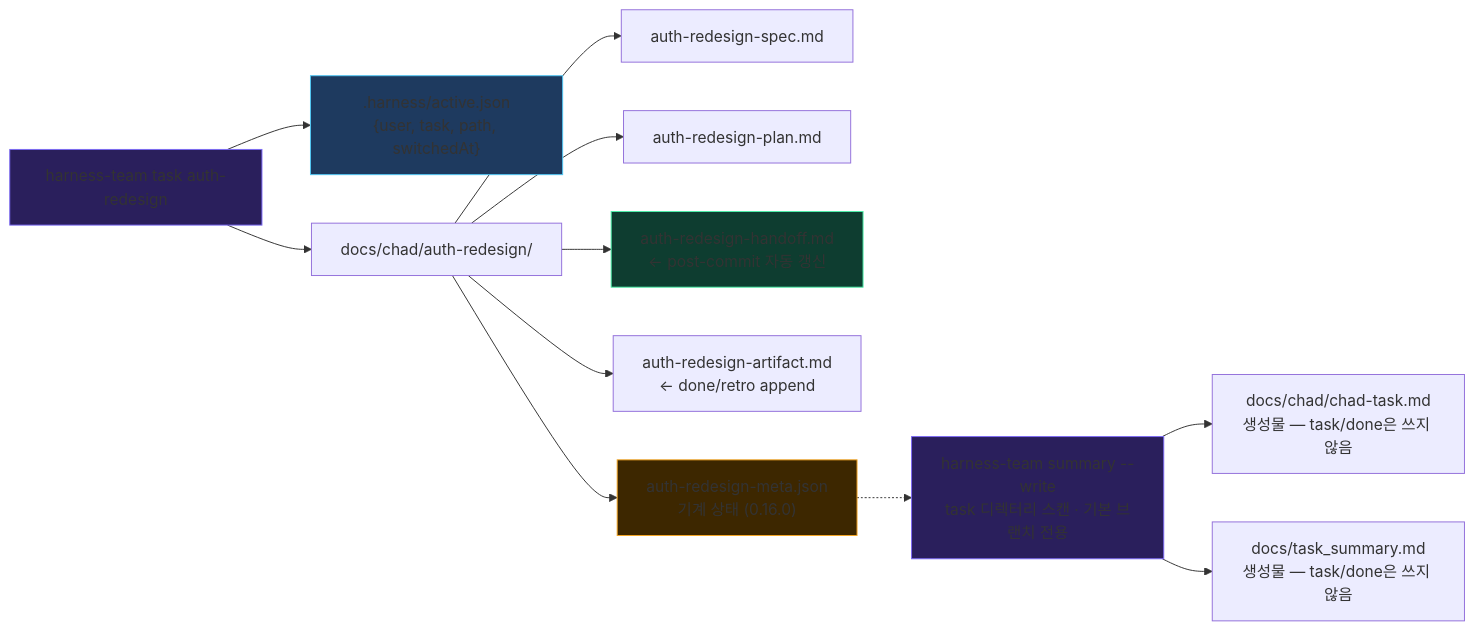
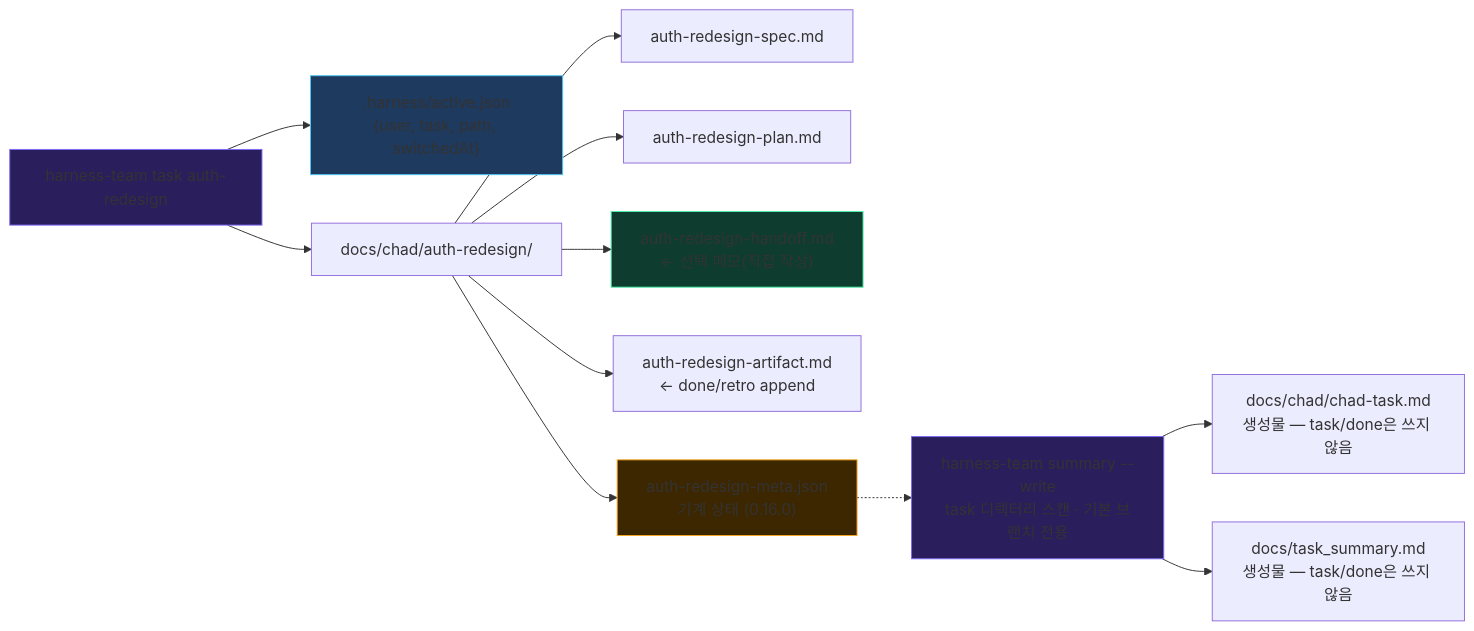
The diagram in docs/diagrams/harness-overview/task-files.mmd (bd-makers/team-harness), drawn with Mermaid before and after one commit. The commit also changed 13 other files, not shown here.

```diff
--- a/docs/diagrams/harness-overview/task-files.mmd
+++ b/docs/diagrams/harness-overview/task-files.mmd
@@ -1,17 +1,17 @@
 graph LR
     CMD["harness-team task auth-redesign"] --> ACTIVE[".harness/active.json\n{user, task, path, switchedAt}"]
     CMD --> DIR["docs/chad/auth-redesign/"]
     DIR --> SP["auth-redesign-spec.md"]
     DIR --> PL["auth-redesign-plan.md"]
-    DIR --> HO["auth-redesign-handoff.md\n← post-commit 자동 갱신"]
+    DIR --> HO["auth-redesign-handoff.md\n← 선택 메모(직접 작성)"]
     DIR --> AR["auth-redesign-artifact.md\n← done/retro append"]
     DIR --> MT["auth-redesign-meta.json\n기계 상태 (0.16.0)"]
     MT -.-> SUMCMD["harness-team summary --write\ntask 디렉터리 스캔 · 기본 브랜치 전용"]
     SUMCMD --> IDX["docs/chad/chad-task.md\n생성물 — task/done은 쓰지 않음"]
     SUMCMD --> SUM["docs/task_summary.md\n생성물 — task/done은 쓰지 않음"]
 
     style CMD fill:#2a1f5c,stroke:#7c6af5
     style ACTIVE fill:#1e3a5f,stroke:#50c8f5
     style HO fill:#0e3d30,stroke:#4df0aa
     style MT fill:#3d2700,stroke:#f5a623
     style SUMCMD fill:#2a1f5c,stroke:#7c6af5
```
